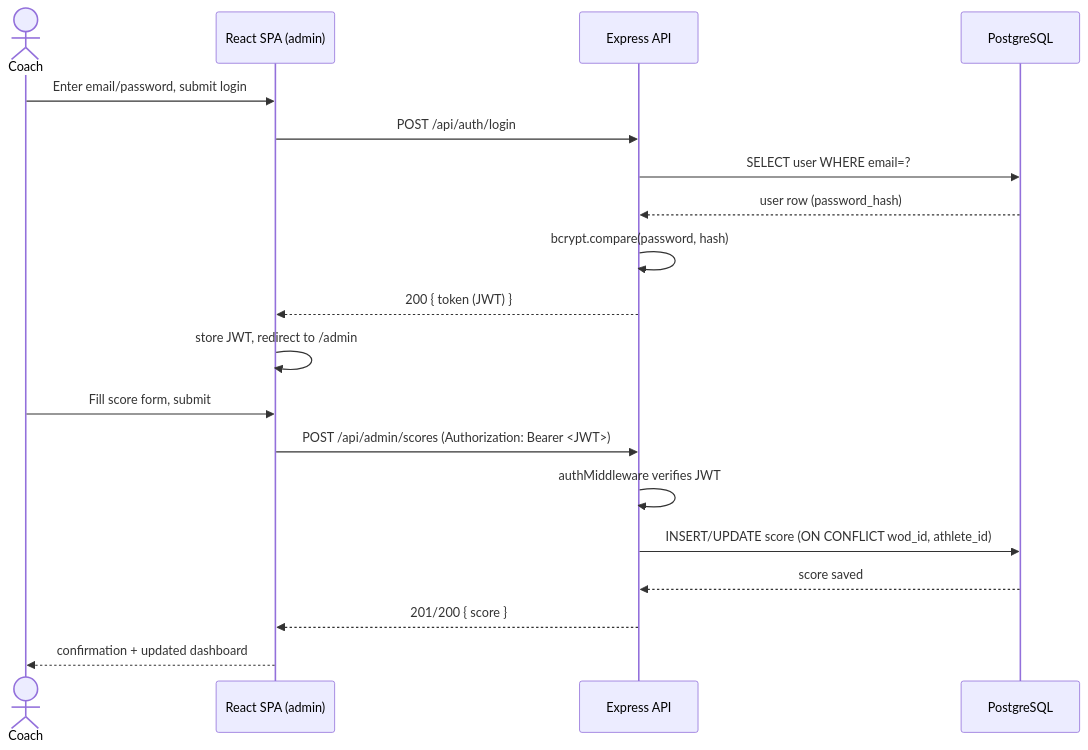
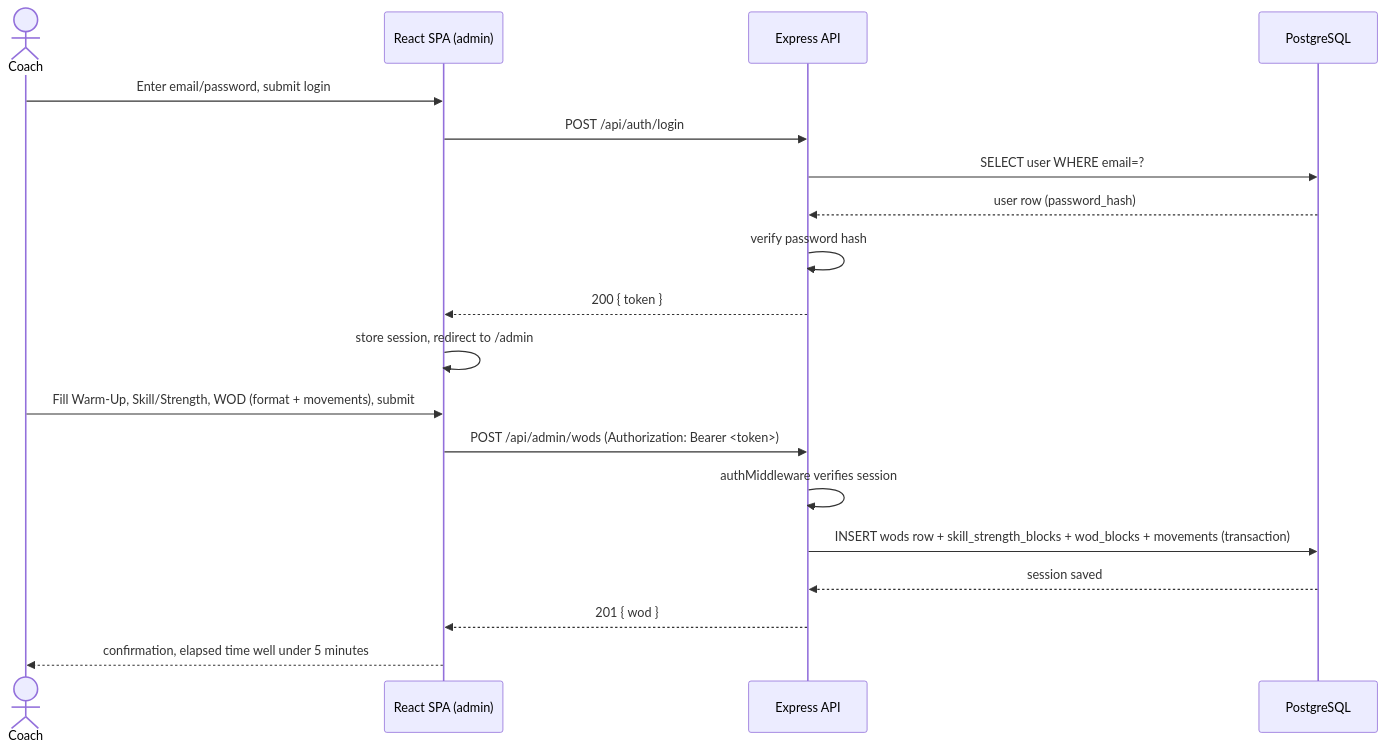
One commit to sharingankid/boxtrack changed the third of 6 diagrams in docs/03-technical-documentation.md. Above: the diagram before and after it, drawn with Mermaid. The commit also changed other lines of this file and 2 other files, not shown here.

````diff
--- a/docs/03-technical-documentation.md
+++ b/docs/03-technical-documentation.md
@@ -234,23 +311,23 @@
 ```mermaid
 sequenceDiagram
     actor Coach
     participant SPA as React SPA (admin)
     participant API as Express API
     participant DB as PostgreSQL
 
     Coach->>SPA: Enter email/password, submit login
     SPA->>API: POST /api/auth/login
     API->>DB: SELECT user WHERE email=?
     DB-->>API: user row (password_hash)
-    API->>API: bcrypt.compare(password, hash)
-    API-->>SPA: 200 { token (JWT) }
-    SPA->>SPA: store JWT, redirect to /admin
+    API->>API: verify password hash
+    API-->>SPA: 200 { token }
+    SPA->>SPA: store session, redirect to /admin
 
-    Coach->>SPA: Fill score form, submit
-    SPA->>API: POST /api/admin/scores (Authorization: Bearer <JWT>)
-    API->>API: authMiddleware verifies JWT
-    API->>DB: INSERT/UPDATE score (ON CONFLICT wod_id, athlete_id)
-    DB-->>API: score saved
-    API-->>SPA: 201/200 { score }
-    SPA-->>Coach: confirmation + updated dashboard
+    Coach->>SPA: Fill Warm-Up, Skill/Strength, WOD (format + movements), submit
+    SPA->>API: POST /api/admin/wods (Authorization: Bearer <token>)
+    API->>API: authMiddleware verifies session
+    API->>DB: INSERT wods row + skill_strength_blocks + wod_blocks + movements (transaction)
+    DB-->>API: session saved
+    API-->>SPA: 201 { wod }
+    SPA-->>Coach: confirmation, elapsed time well under 5 minutes
 ```
````
